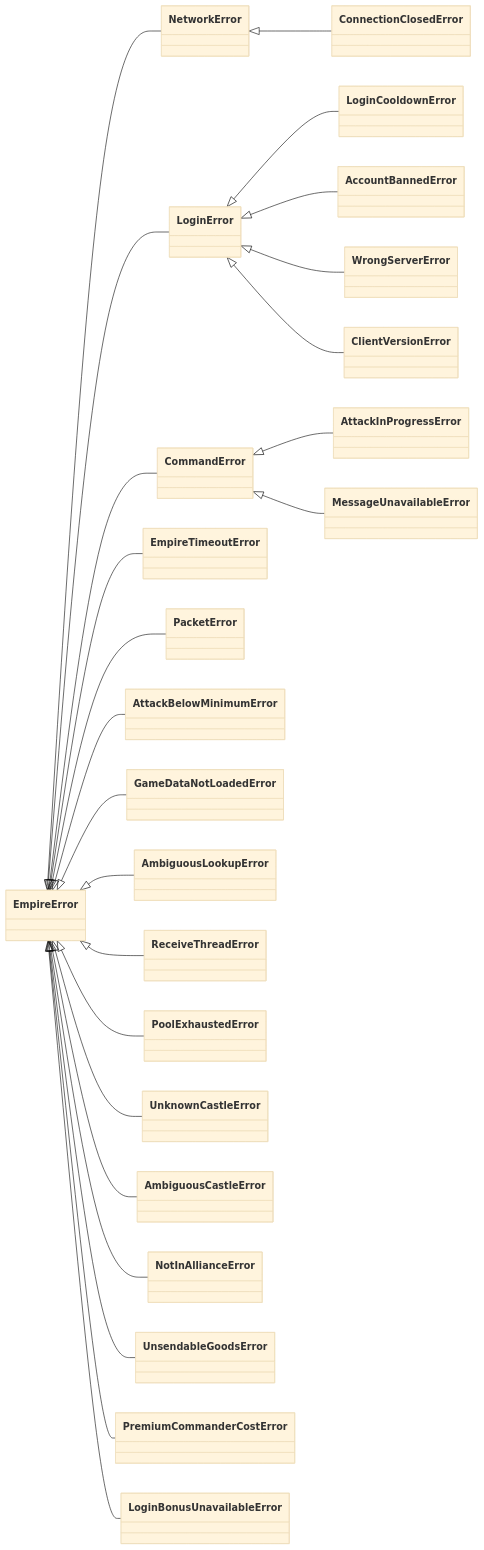
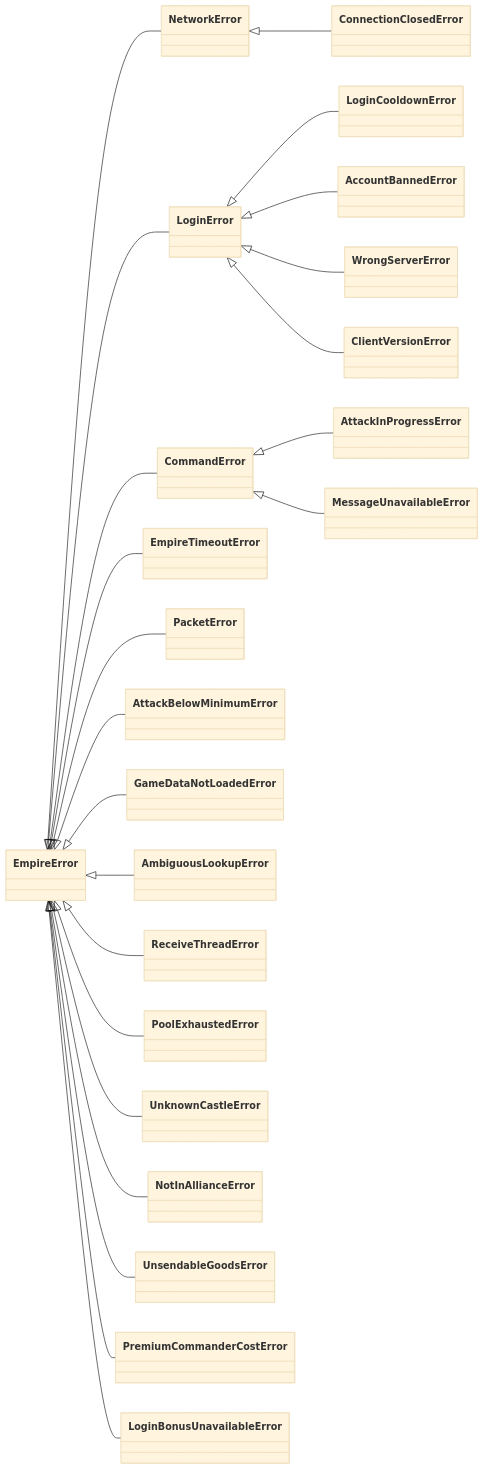
Before and after one commit to eschnitzler/EmpireCore: the diagram in docs/guides/errors.md, drawn with Mermaid (base theme). The commit also changed other lines of this file and 23 other files, not shown here.

````diff
--- a/docs/guides/errors.md
+++ b/docs/guides/errors.md
@@ -35,27 +35,26 @@
 ```mermaid
 classDiagram
     direction LR
     EmpireError <|-- NetworkError
     NetworkError <|-- ConnectionClosedError
     EmpireError <|-- LoginError
     LoginError <|-- LoginCooldownError
     LoginError <|-- AccountBannedError
     LoginError <|-- WrongServerError
     LoginError <|-- ClientVersionError
     EmpireError <|-- CommandError
     CommandError <|-- AttackInProgressError
     CommandError <|-- MessageUnavailableError
     EmpireError <|-- EmpireTimeoutError
     EmpireError <|-- PacketError
     EmpireError <|-- AttackBelowMinimumError
     EmpireError <|-- GameDataNotLoadedError
     EmpireError <|-- AmbiguousLookupError
     EmpireError <|-- ReceiveThreadError
     EmpireError <|-- PoolExhaustedError
     EmpireError <|-- UnknownCastleError
-    EmpireError <|-- AmbiguousCastleError
     EmpireError <|-- NotInAllianceError
     EmpireError <|-- UnsendableGoodsError
     EmpireError <|-- PremiumCommanderCostError
     EmpireError <|-- LoginBonusUnavailableError
 ```
````
